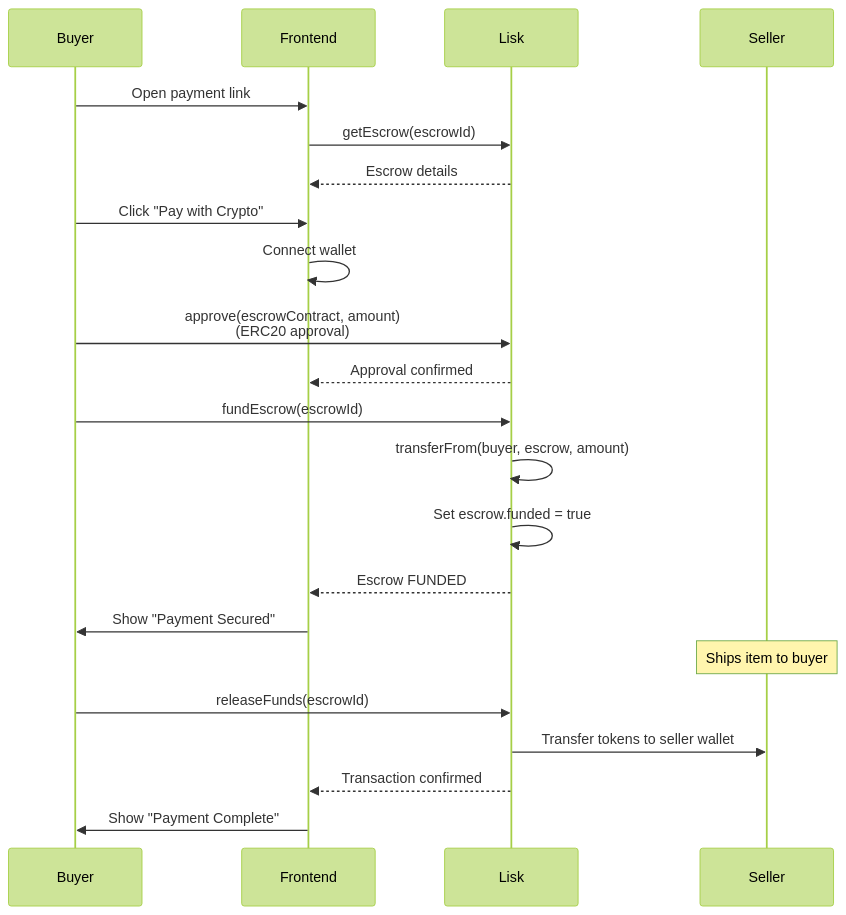
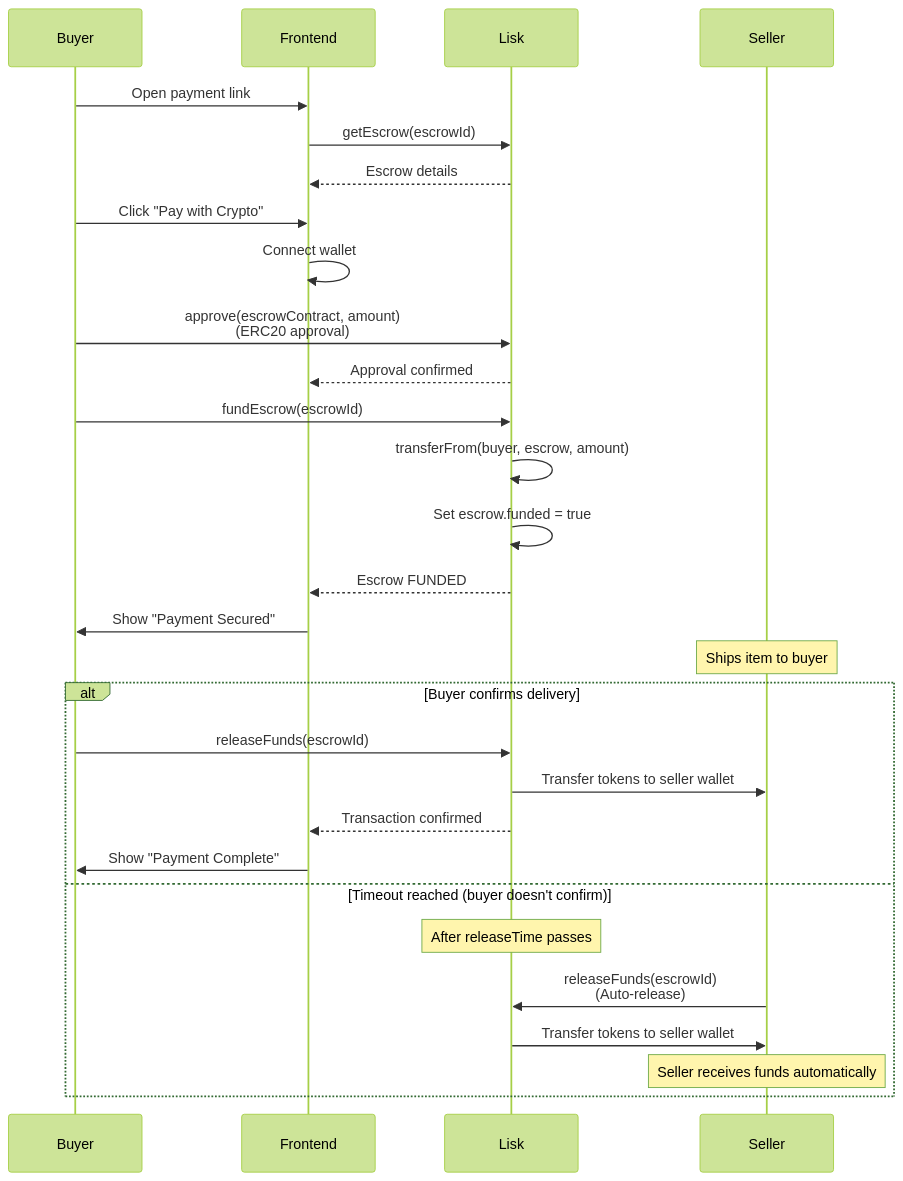
The fourth of 4 diagrams in README.md (pramadanif/vouch), drawn with Mermaid (forest theme) before and after one commit. The commit also changed other lines of this file, not shown here.

````diff
--- a/README.md
+++ b/README.md
@@ -365,30 +382,37 @@
 ```mermaid
 sequenceDiagram
     participant Buyer
     participant Frontend
     participant Lisk
     participant Seller
 
     Buyer->>Frontend: Open payment link
     Frontend->>Lisk: getEscrow(escrowId)
     Lisk-->>Frontend: Escrow details
 
     Buyer->>Frontend: Click "Pay with Crypto"
     Frontend->>Frontend: Connect wallet
     Buyer->>Lisk: approve(escrowContract, amount)<br/>(ERC20 approval)
     Lisk-->>Frontend: Approval confirmed
     
     Buyer->>Lisk: fundEscrow(escrowId)
     Lisk->>Lisk: transferFrom(buyer, escrow, amount)
     Lisk->>Lisk: Set escrow.funded = true
     Lisk-->>Frontend: Escrow FUNDED
     
     Frontend->>Buyer: Show "Payment Secured"
     
     Note over Seller: Ships item to buyer
     
-    Buyer->>Lisk: releaseFunds(escrowId)
-    Lisk->>Seller: Transfer tokens to seller wallet
-    Lisk-->>Frontend: Transaction confirmed
-    Frontend->>Buyer: Show "Payment Complete"
+    alt Buyer confirms delivery
+        Buyer->>Lisk: releaseFunds(escrowId)
+        Lisk->>Seller: Transfer tokens to seller wallet
+        Lisk-->>Frontend: Transaction confirmed
+        Frontend->>Buyer: Show "Payment Complete"
+    else Timeout reached (buyer doesn't confirm)
+        Note over Lisk: After releaseTime passes
+        Seller->>Lisk: releaseFunds(escrowId)<br/>(Auto-release)
+        Lisk->>Seller: Transfer tokens to seller wallet
+        Note over Seller: Seller receives funds automatically
+    end
 ```
````
